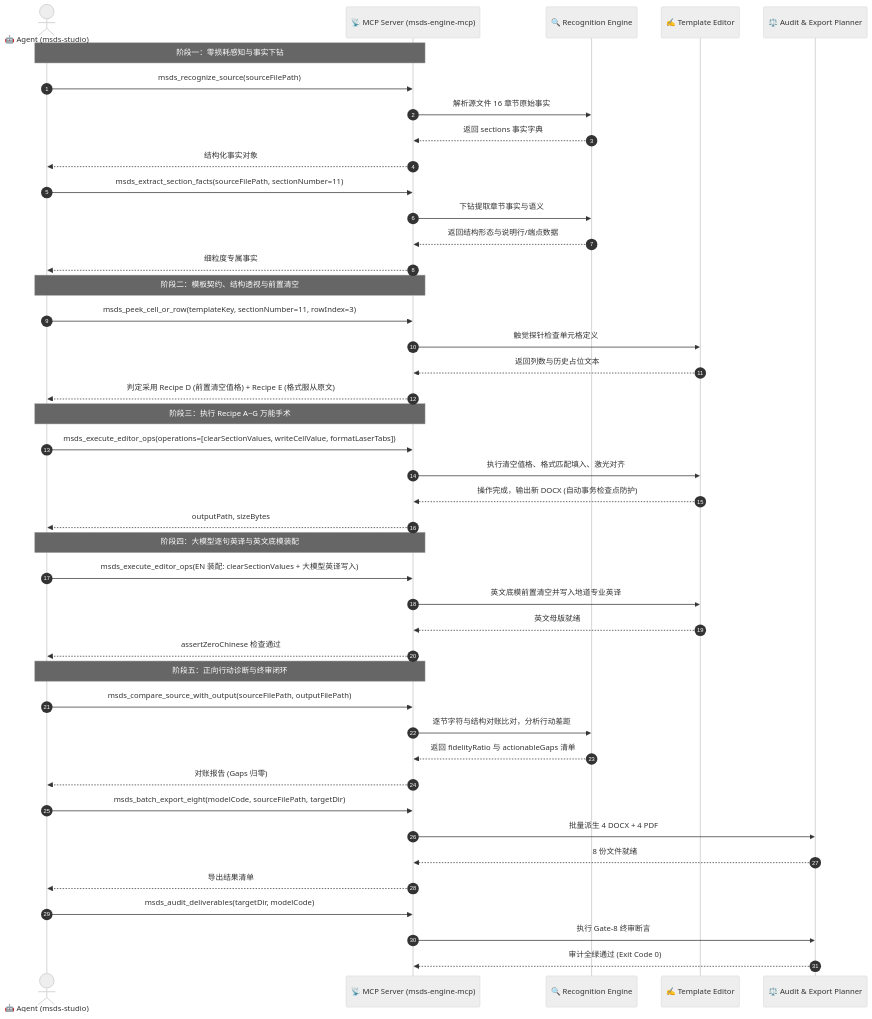
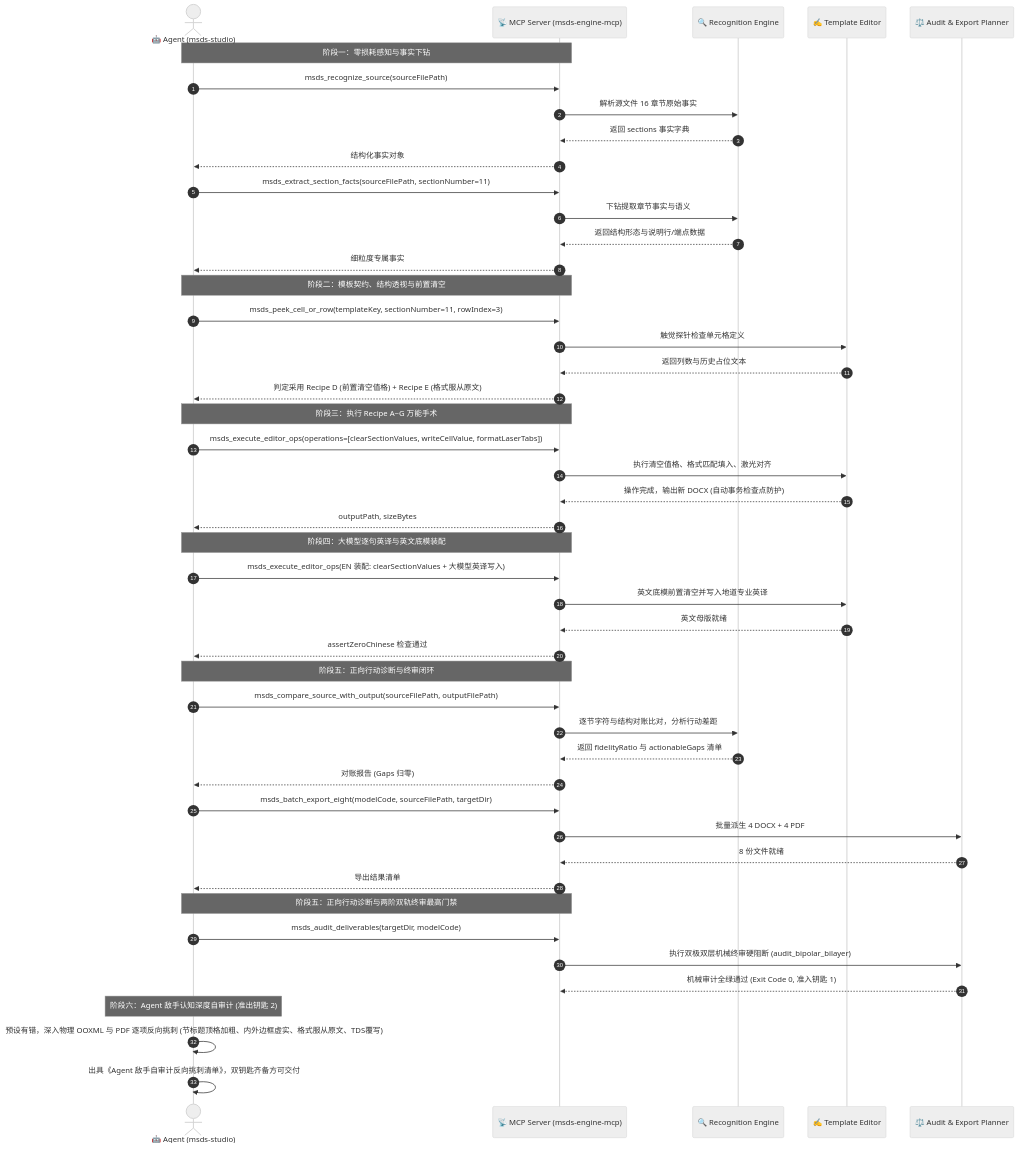
One commit to SnowLove0303/Msds-Engine changed the second of 2 diagrams in docs/MSDS_STUDIO_MCP_SKILL_WORKFLOW_SOP.md. Above: the diagram before and after it, drawn with Mermaid (neutral theme). The commit also changed 3 other files, not shown here.

Commit message:
feat(audit): elevate audit enforcement to supreme mandatory level with mechanical and agent adversarial self-audit dual gates

````diff
--- a/docs/MSDS_STUDIO_MCP_SKILL_WORKFLOW_SOP.md
+++ b/docs/MSDS_STUDIO_MCP_SKILL_WORKFLOW_SOP.md
@@ -163,53 +163,58 @@
 ```mermaid
 sequenceDiagram
     autonumber
     actor Agent as 🤖 Agent (msds-studio)
     participant MCP as 📡 MCP Server (msds-engine-mcp)
     participant Rec as 🔍 Recognition Engine
     participant Edit as ✍️ Template Editor
     participant Audit as ⚖️ Audit & Export Planner
 
     Note over Agent, MCP: 阶段一：零损耗感知与事实下钻
     Agent->>MCP: msds_recognize_source(sourceFilePath)
     MCP->>Rec: 解析源文件 16 章节原始事实
     Rec-->>MCP: 返回 sections 事实字典
     MCP-->>Agent: 结构化事实对象
 
     Agent->>MCP: msds_extract_section_facts(sourceFilePath, sectionNumber=11)
     MCP->>Rec: 下钻提取章节事实与语义
     Rec-->>MCP: 返回结构形态与说明行/端点数据
     MCP-->>Agent: 细粒度专属事实
 
     Note over Agent, MCP: 阶段二：模板契约、结构透视与前置清空
     Agent->>MCP: msds_peek_cell_or_row(templateKey, sectionNumber=11, rowIndex=3)
     MCP->>Edit: 触觉探针检查单元格定义
     Edit-->>MCP: 返回列数与历史占位文本
     MCP-->>Agent: 判定采用 Recipe D (前置清空值格) + Recipe E (格式服从原文)
 
     Note over Agent, MCP: 阶段三：执行 Recipe A~G 万能手术
     Agent->>MCP: msds_execute_editor_ops(operations=[clearSectionValues, writeCellValue, formatLaserTabs])
     MCP->>Edit: 执行清空值格、格式匹配填入、激光对齐
     Edit-->>MCP: 操作完成，输出新 DOCX (自动事务检查点防护)
     MCP-->>Agent: outputPath, sizeBytes
 
     Note over Agent, MCP: 阶段四：大模型逐句英译与英文底模装配
     Agent->>MCP: msds_execute_editor_ops(EN 装配: clearSectionValues + 大模型英译写入)
     MCP->>Edit: 英文底模前置清空并写入地道专业英译
     Edit-->>MCP: 英文母版就绪
     MCP-->>Agent: assertZeroChinese 检查通过
 
     Note over Agent, MCP: 阶段五：正向行动诊断与终审闭环
     Agent->>MCP: msds_compare_source_with_output(sourceFilePath, outputFilePath)
     MCP->>Rec: 逐节字符与结构对账比对，分析行动差距
     Rec-->>MCP: 返回 fidelityRatio 与 actionableGaps 清单
     MCP-->>Agent: 对账报告 (Gaps 归零)
 
     Agent->>MCP: msds_batch_export_eight(modelCode, sourceFilePath, targetDir)
     MCP->>Audit: 批量派生 4 DOCX + 4 PDF
     Audit-->>MCP: 8 份文件就绪
     MCP-->>Agent: 导出结果清单
 
+    Note over Agent, MCP: 阶段五：正向行动诊断与两阶双轨终审最高门禁
     Agent->>MCP: msds_audit_deliverables(targetDir, modelCode)
-    MCP->>Audit: 执行 Gate-8 终审断言
-    Audit-->>MCP: 审计全绿通过 (Exit Code 0)
+    MCP->>Audit: 执行双极双层机械终审硬阻断 (audit_bipolar_bilayer)
+    Audit-->>MCP: 机械审计全绿通过 (Exit Code 0, 准入钥匙 1)
+
+    Note over Agent: 阶段六：Agent 敌手认知深度自审计 (准出钥匙 2)
+    Agent->>Agent: 预设有错，深入物理 OOXML 与 PDF 逐项反向挑刺 (节标题顶格加粗、内外边框虚实、格式服从原文、TDS覆写)
+    Agent->>Agent: 出具《Agent 敌手自审计反向挑刺清单》，双钥匙齐备方可交付
 ```
````
